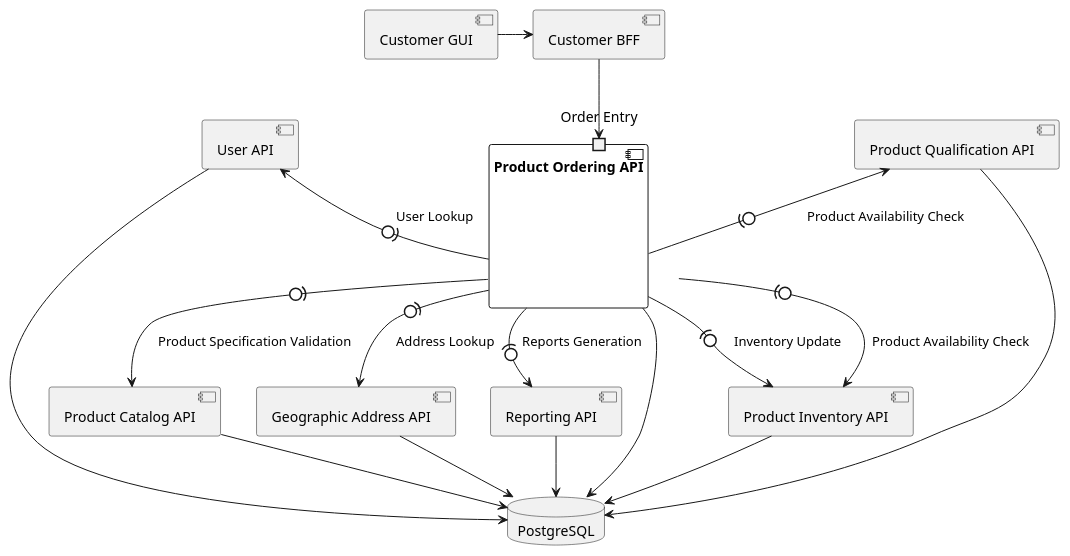
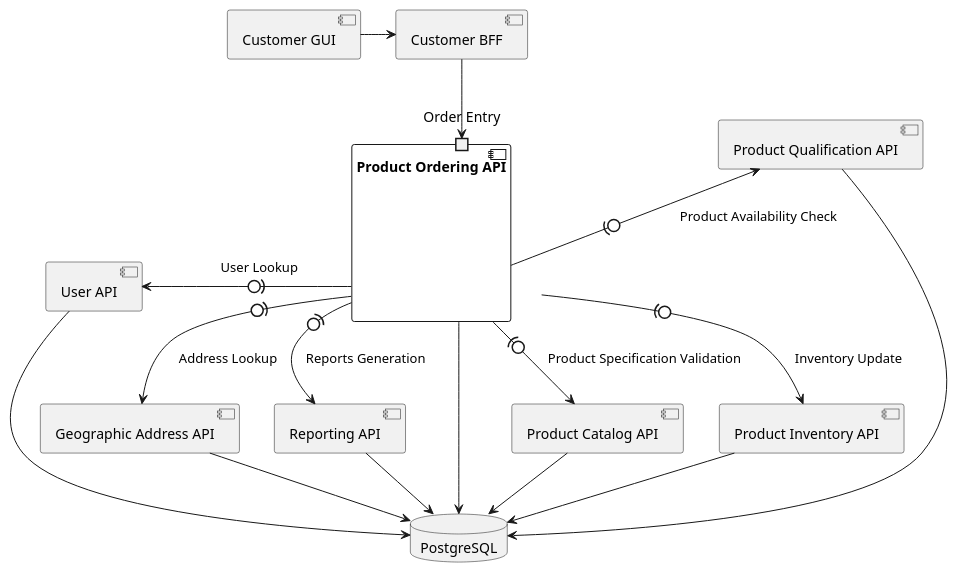
Before and after one commit to ensarhamzic/diplomski-rad-softversko-inzenjerstvo: the diagram in uml/component/whole-system.puml, drawn with PlantUML.

Commit message:
Component diagram pt3

```diff
--- a/uml/component/whole-system.puml
+++ b/uml/component/whole-system.puml
@@ -1,37 +1,36 @@
 @startuml
 
 component "Product Ordering API" {
     port "Order Entry"
 }
 component "Product Catalog API"
 component "Product Inventory API"
 component "User API"
 component "Geographic Address API"
 component "Product Qualification API"
 component "Reporting API"
 
 component "Customer GUI"
 component "Customer BFF"
 
 database "PostgreSQL"
 
 "Product Ordering API" --> "PostgreSQL"
 "Product Qualification API" --> "PostgreSQL"
 "Product Inventory API" --> "PostgreSQL"
 "Product Catalog API" --> "PostgreSQL"
 "User API" --> "PostgreSQL"
 "Geographic Address API" --> "PostgreSQL"
 "Reporting API" --> "PostgreSQL"
 
 "Product Ordering API" -r(0-> "Product Catalog API" : "Product Specification Validation"
-"Product Ordering API" -(0-> "Product Inventory API" : "Product Availability Check"
 "Product Ordering API" -u(0-> "Product Qualification API" : "Product Availability Check"
 "Product Ordering API" -(0-> "Geographic Address API" : "Address Lookup"
 "Product Ordering API" -(0-> "Reporting API" : "Reports Generation"
-"Product Ordering API" -u(0-> "Product Inventory API" : "Inventory Update"
-"Product Ordering API" -u(0-> "User API" : "User Lookup"
+"Product Ordering API" -(0-> "Product Inventory API" : "Inventory Update"
+"Product Ordering API" -l(0-> "User API" : "User Lookup"
 
 "Customer GUI" -> "Customer BFF"
  "Customer BFF" --> "Order Entry"
 
 @enduml
```
